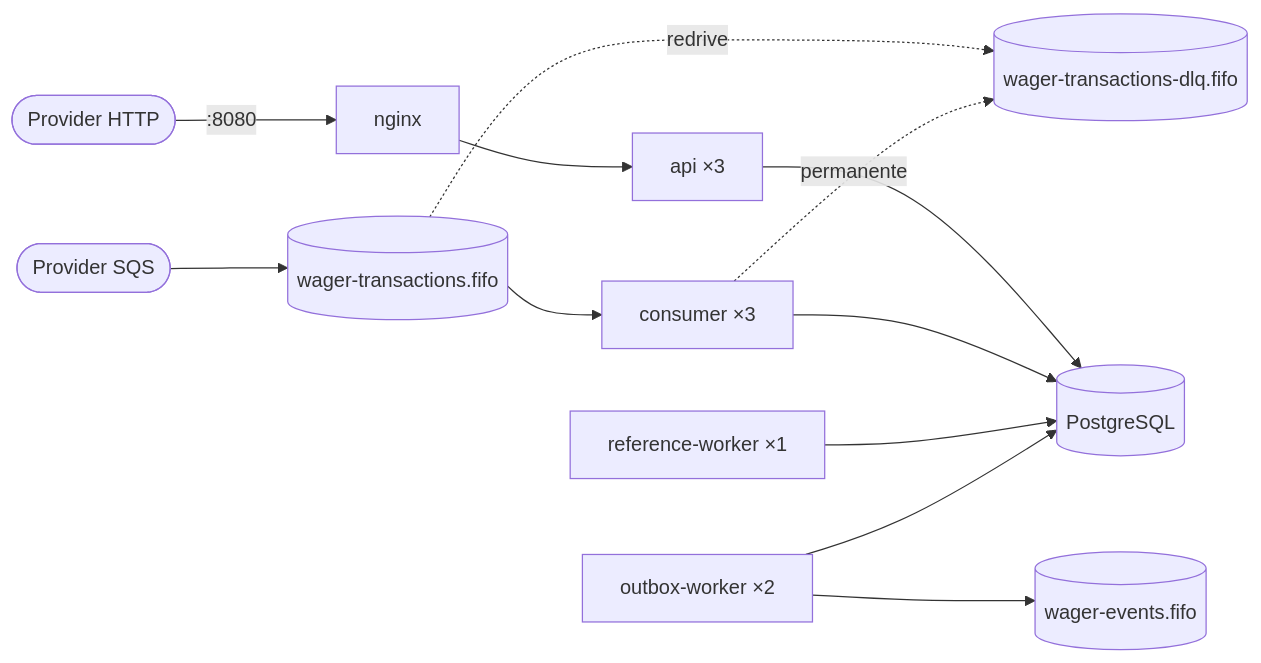
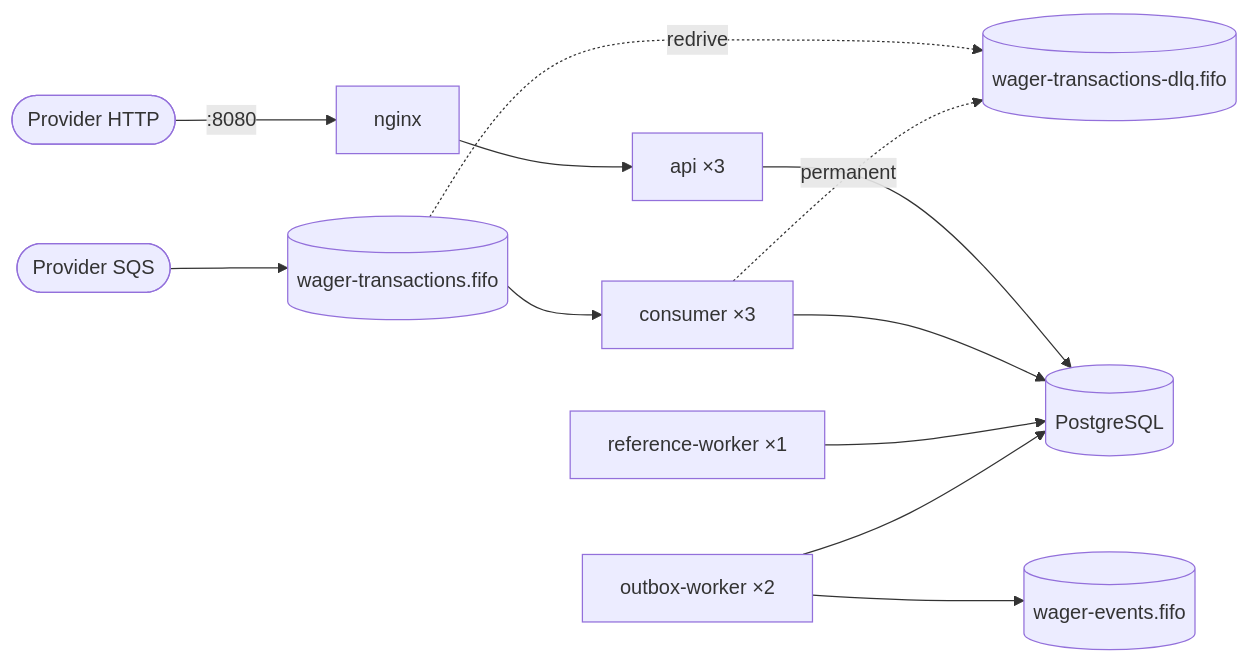
One commit to DanielnetoDotCom/jungle-wagering-processor changed the diagram in README.md. Above: the diagram before and after it, drawn with Mermaid. The commit also changed other lines of this file and 43 other files, not shown here.

````diff
--- a/README.md
+++ b/README.md
@@ -68,14 +68,14 @@
 ```mermaid
 flowchart LR
     client([Provider HTTP]) -->|:8080| nginx
     producer([Provider SQS]) --> q[(wager-transactions.fifo)]
     nginx --> api[api ×3]
     q --> consumer[consumer ×3]
     q -. redrive .-> dlq[(wager-transactions-dlq.fifo)]
-    consumer -. permanente .-> dlq
+    consumer -. permanent .-> dlq
     api --> pg[(PostgreSQL)]
     consumer --> pg
     ref[reference-worker ×1] --> pg
     outbox[outbox-worker ×2] --> pg
     outbox --> events[(wager-events.fifo)]
 ```
````
